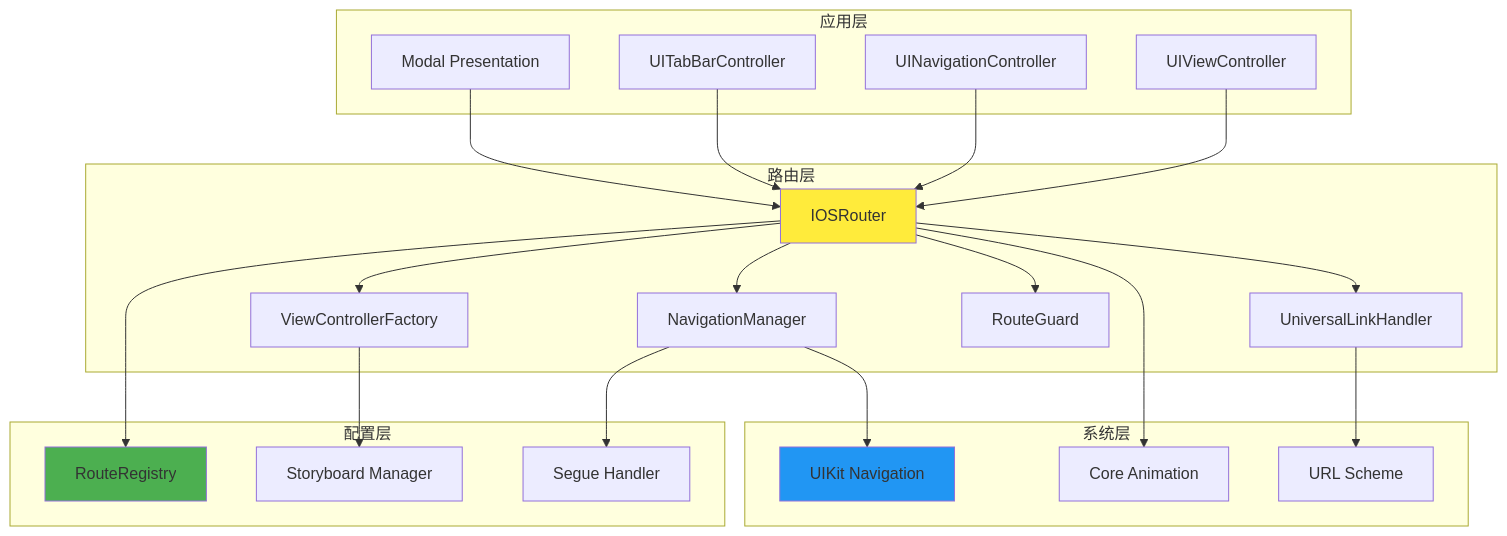
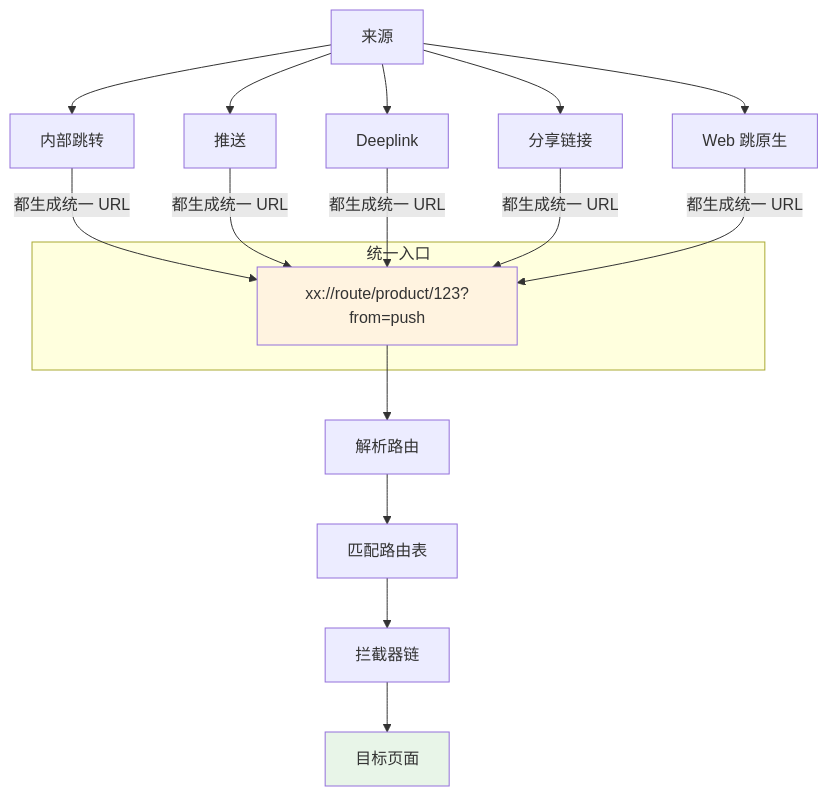
The third of 12 diagrams in 00.通用技术的提升/07.方案设计思想/卷三-通信与协议/15.路由库设计思想.md (chongyang211/YCBookBlog), drawn with Mermaid before and after one commit. The commit also changed other lines of this file and 44 other files, not shown here.

````diff
--- a/00.通用技术的提升/07.方案设计思想/卷三-通信与协议/15.路由库设计思想.md
+++ b/00.通用技术的提升/07.方案设计思想/卷三-通信与协议/15.路由库设计思想.md
@@ -555,51 +230,22 @@
 ```mermaid
 graph TB
-    subgraph "应用层"
-        A1[UIViewController]
-        A2[UINavigationController]
-        A3[UITabBarController]
-        A4[Modal Presentation]
+    subgraph "统一入口"
+        URL["xx://route/product/123?from=push"]
     end
     
-    subgraph "路由层"
-        B1[IOSRouter]
-        B2[ViewControllerFactory]
-        B3[NavigationManager]
-        B4[UniversalLinkHandler]
-        B5[RouteGuard]
-    end
+    URL --> Parse[解析路由]
+    Parse --> Match[匹配路由表]
+    Match --> Inter[拦截器链]
+    Inter --> Target[目标页面]
     
-    subgraph "配置层"
-        C1[RouteRegistry]
-        C2[Storyboard Manager]
-        C3[Segue Handler]
-    end
+    Source[来源] --> S1[内部跳转]
+    Source --> S2[推送]
+    Source --> S3[Deeplink]
+    Source --> S4[分享链接]
+    Source --> S5[Web 跳原生]
     
-    subgraph "系统层"
-        D1[UIKit Navigation]
-        D2[Core Animation]
-        D3[URL Scheme]
-    end
+    S1 & S2 & S3 & S4 & S5 -->|都生成统一 URL| URL
     
-    A1 --> B1
-    A2 --> B1
-    A3 --> B1
-    A4 --> B1
-    
-    B1 --> B2
-    B1 --> B3
-    B1 --> B4
-    B1 --> B5
-    
-    B1 --> C1
-    B2 --> C2
-    B3 --> C3
-    
-    B3 --> D1
-    B1 --> D2
-    B4 --> D3
-    
-    style B1 fill:#ffeb3b
-    style C1 fill:#4caf50
-    style D1 fill:#2196f3
+    style URL fill:#fff3e0
+    style Target fill:#e8f5e8
 ```
````
